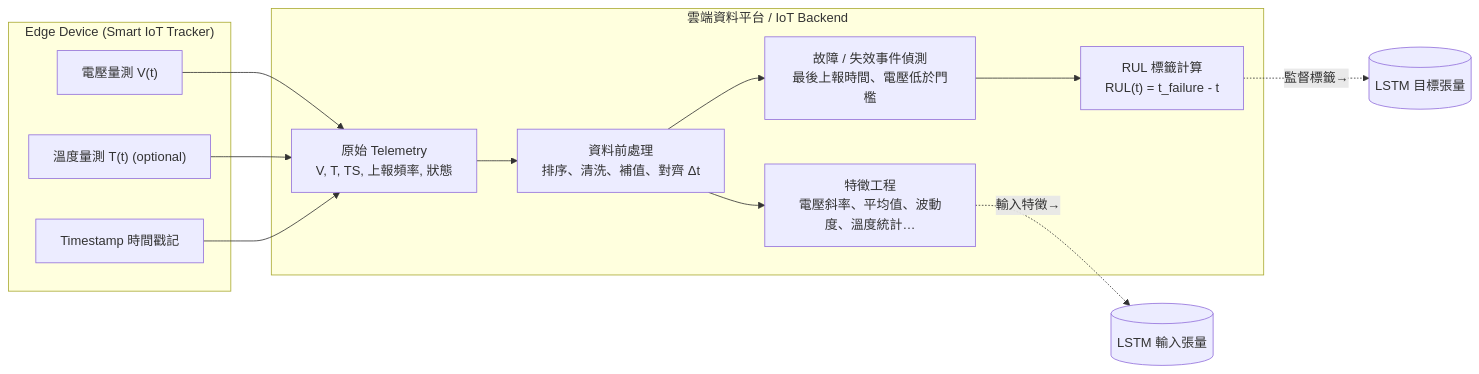
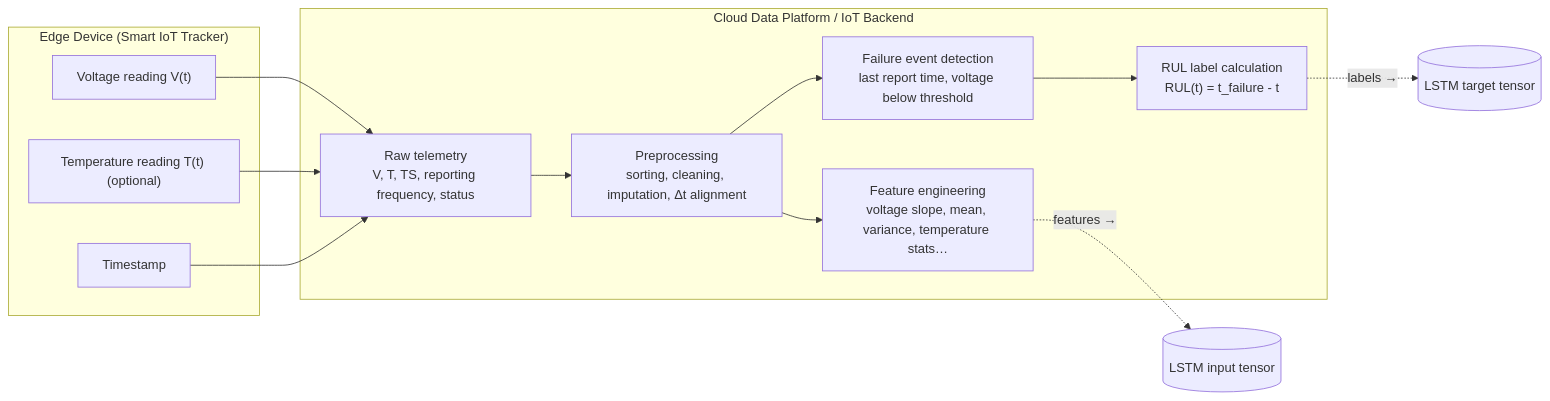
One commit to jshuo/ai-moea-proposal changed the third of 10 diagrams in proposal/ItracXing-Arviem-Taiwan-MOEA-Subsidy-Application.md. Above: the diagram before and after it, drawn with Mermaid. The commit also changed other lines of this file and 1 other file, not shown here.

Commit message:
Refactor diagrams and text for clarity and consistency in the AI Application Acceleration Program proposal

````diff
--- a/proposal/ItracXing-Arviem-Taiwan-MOEA-Subsidy-Application.md
+++ b/proposal/ItracXing-Arviem-Taiwan-MOEA-Subsidy-Application.md
@@ -694,28 +694,28 @@
 ```mermaid
 flowchart LR
   subgraph Device ["Edge Device (Smart IoT Tracker)"]
-    V["電壓量測 V(t)"]
-    T["溫度量測 T(t) (optional)"]
-    TS[Timestamp 時間戳記]
+    V["Voltage reading V(t)"]
+    T["Temperature reading T(t) (optional)"]
+    TS[Timestamp]
   end
 
-  subgraph Cloud ["雲端資料平台 / IoT Backend"]
-    RAW["原始 Telemetry<br/>V, T, TS, 上報頻率, 狀態"]
-    PROC["資料前處理<br/>排序、清洗、補值、對齊 Δt"]
-    FAIL["故障 / 失效事件偵測<br/>最後上報時間、電壓低於門檻"]
-    RULLBL["RUL 標籤計算<br/>RUL(t) = t_failure - t"]
-    FEAT["特徵工程<br/>電壓斜率、平均值、波動度、溫度統計…"]
+  subgraph Cloud ["Cloud Data Platform / IoT Backend"]
+    RAW["Raw telemetry<br/>V, T, TS, reporting frequency, status"]
+    PROC["Preprocessing<br/>sorting, cleaning, imputation, Δt alignment"]
+    FAIL["Failure event detection<br/>last report time, voltage below threshold"]
+    RULLBL["RUL label calculation<br/>RUL(t) = t_failure - t"]
+    FEAT["Feature engineering<br/>voltage slope, mean, variance, temperature stats…"]
   end
 
   V --> RAW
   T --> RAW
   TS --> RAW
 
   RAW --> PROC
   PROC --> FAIL
   PROC --> FEAT
   FAIL --> RULLBL
 
-  FEAT -.->|輸入特徵→| LSTM_INPUT[(LSTM 輸入張量)]
-  RULLBL -.->|監督標籤→| LSTM_LABEL[(LSTM 目標張量)]
+  FEAT -.->|features →| LSTM_INPUT[(LSTM input tensor)]
+  RULLBL -.->|labels →| LSTM_LABEL[(LSTM target tensor)]
 ```
````
